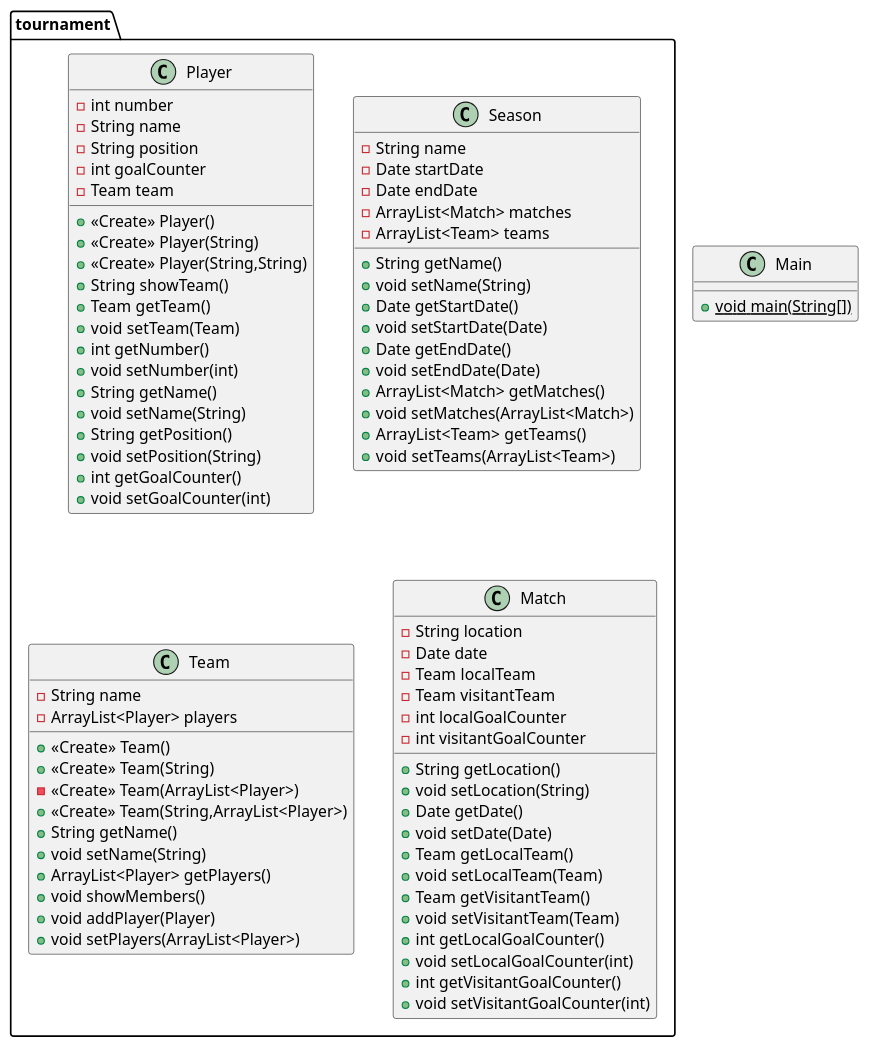
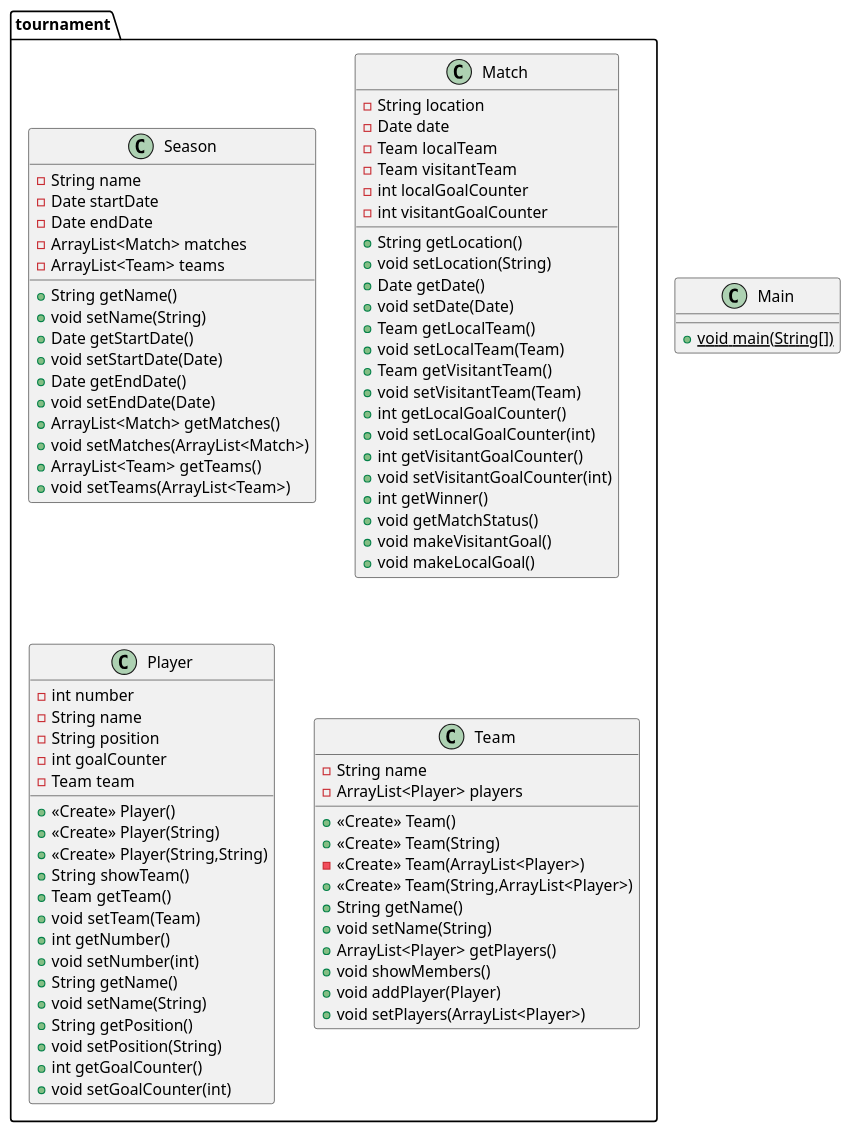
One commit to zarex97/poo_davinci_tournament_medina changed the diagram in class_diagram.puml. Above: the diagram before and after it, drawn with PlantUML. The commit also changed 1 other file, not shown here.

Commit message:
docs: update class diagram

```diff
--- a/class_diagram.puml
+++ b/class_diagram.puml
@@ -1,77 +1,81 @@
 @startuml
+class tournament.Season {
+- String name
+- Date startDate
+- Date endDate
+- ArrayList<Match> matches
+- ArrayList<Team> teams
++ String getName()
++ void setName(String)
++ Date getStartDate()
++ void setStartDate(Date)
++ Date getEndDate()
++ void setEndDate(Date)
++ ArrayList<Match> getMatches()
++ void setMatches(ArrayList<Match>)
++ ArrayList<Team> getTeams()
++ void setTeams(ArrayList<Team>)
+}
+class tournament.Match {
+- String location
+- Date date
+- Team localTeam
+- Team visitantTeam
+- int localGoalCounter
+- int visitantGoalCounter
++ String getLocation()
++ void setLocation(String)
++ Date getDate()
++ void setDate(Date)
++ Team getLocalTeam()
++ void setLocalTeam(Team)
++ Team getVisitantTeam()
++ void setVisitantTeam(Team)
++ int getLocalGoalCounter()
++ void setLocalGoalCounter(int)
++ int getVisitantGoalCounter()
++ void setVisitantGoalCounter(int)
++ int getWinner()
++ void getMatchStatus()
++ void makeVisitantGoal()
++ void makeLocalGoal()
+}
 class tournament.Player {
 - int number
 - String name
 - String position
 - int goalCounter
 - Team team
 + <<Create>> Player()
 + <<Create>> Player(String)
 + <<Create>> Player(String,String)
 + String showTeam()
 + Team getTeam()
 + void setTeam(Team)
 + int getNumber()
 + void setNumber(int)
 + String getName()
 + void setName(String)
 + String getPosition()
 + void setPosition(String)
 + int getGoalCounter()
 + void setGoalCounter(int)
 }
-class tournament.Season {
-- String name
-- Date startDate
-- Date endDate
-- ArrayList<Match> matches
-- ArrayList<Team> teams
-+ String getName()
-+ void setName(String)
-+ Date getStartDate()
-+ void setStartDate(Date)
-+ Date getEndDate()
-+ void setEndDate(Date)
-+ ArrayList<Match> getMatches()
-+ void setMatches(ArrayList<Match>)
-+ ArrayList<Team> getTeams()
-+ void setTeams(ArrayList<Team>)
-}
-class Main {
-+ {static} void main(String[])
-}
 class tournament.Team {
 - String name
 - ArrayList<Player> players
 + <<Create>> Team()
 + <<Create>> Team(String)
 - <<Create>> Team(ArrayList<Player>)
 + <<Create>> Team(String,ArrayList<Player>)
 + String getName()
 + void setName(String)
 + ArrayList<Player> getPlayers()
 + void showMembers()
 + void addPlayer(Player)
 + void setPlayers(ArrayList<Player>)
 }
-class tournament.Match {
-- String location
-- Date date
-- Team localTeam
-- Team visitantTeam
-- int localGoalCounter
-- int visitantGoalCounter
-+ String getLocation()
-+ void setLocation(String)
-+ Date getDate()
-+ void setDate(Date)
-+ Team getLocalTeam()
-+ void setLocalTeam(Team)
-+ Team getVisitantTeam()
-+ void setVisitantTeam(Team)
-+ int getLocalGoalCounter()
-+ void setLocalGoalCounter(int)
-+ int getVisitantGoalCounter()
-+ void setVisitantGoalCounter(int)
+class Main {
++ {static} void main(String[])
 }
 @enduml
```
